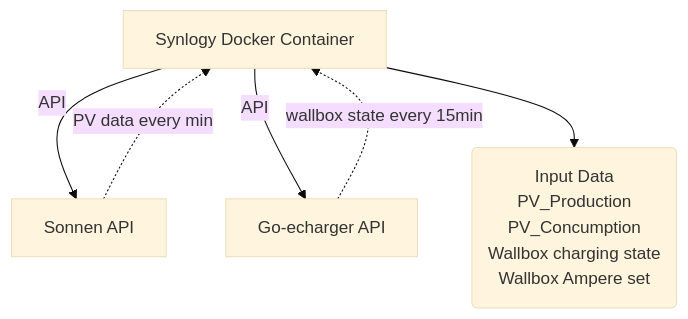
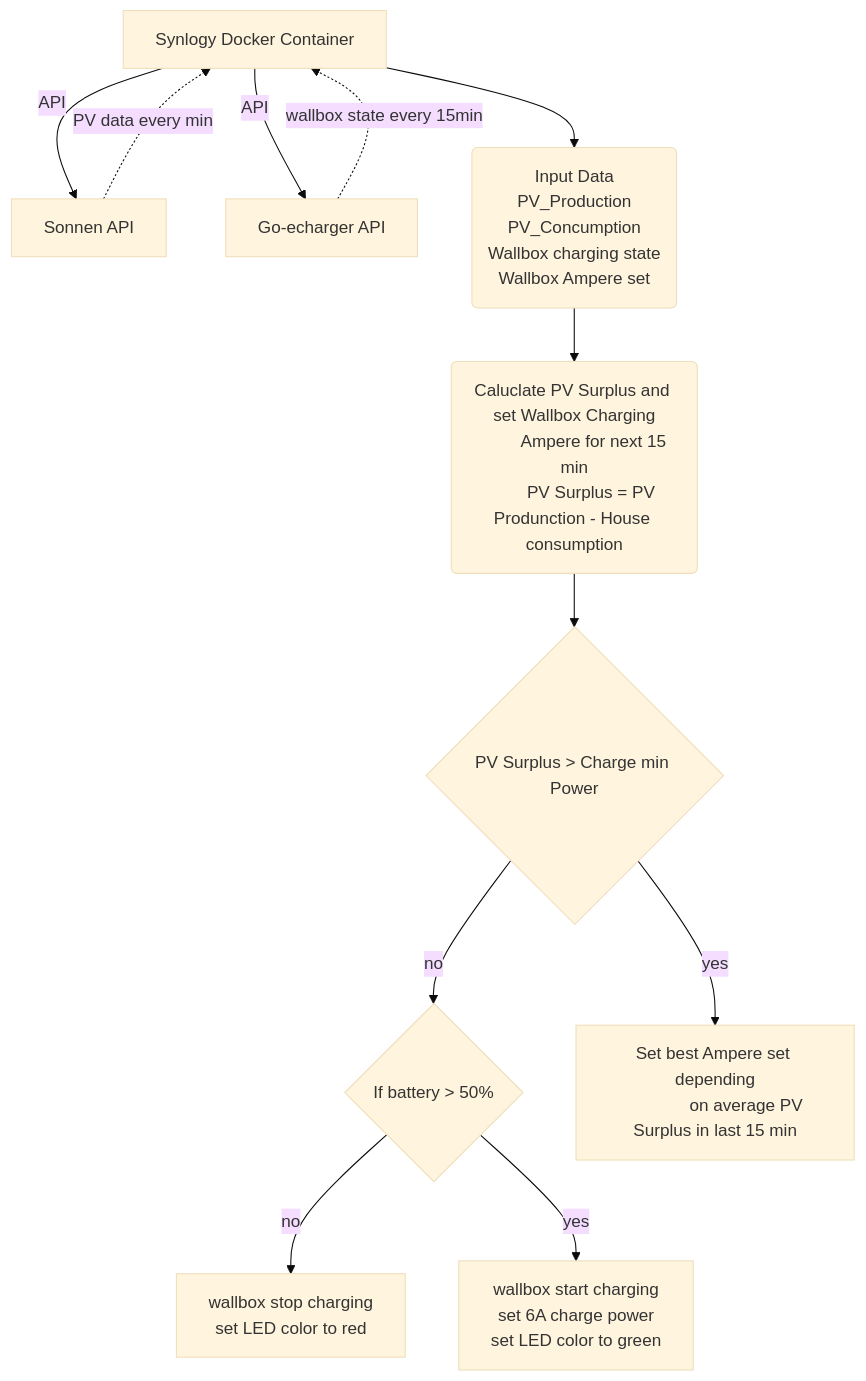
Before and after one commit to schwabenschulle/pvcharger: the diagram in README.md, drawn with Mermaid (base theme).

````diff
--- a/README.md
+++ b/README.md
@@ -22,12 +22,24 @@
 ```mermaid
 graph TD
 A[Synlogy Docker Container] -->|API| B[Sonnen API]
 B[Sonnen API] -.->|PV data every min| A[Synlogy Docker Container]
 A[Synlogy Docker Container] -->|API| C[Go-echarger API]
 C[Go-echarger API] -.->|wallbox state every 15min| A[Synlogy Docker Container]
 A[Synlogy Docker Container] -->D("Input Data
                 PV_Production
                 PV_Concumption
                 Wallbox charging state
                 Wallbox Ampere set")
+D --> E("Caluclate PV Surplus and set Wallbox Charging
+         Ampere for next 15 min"
+        PV Surplus = PV Produnction - House consumption)
+E --> F{"PV Surplus > Charge min Power"}
+F -->|no| G{"If battery > 50%"}
+G --> |no| H["wallbox stop charging
+             set LED color to red"]
+G -->|yes| I["wallbox start charging
+              set 6A charge power
+              set LED color to green"]
+F -->|yes| J["Set best Ampere set depending
+              on average PV Surplus in last 15 min"]
 ```
````
